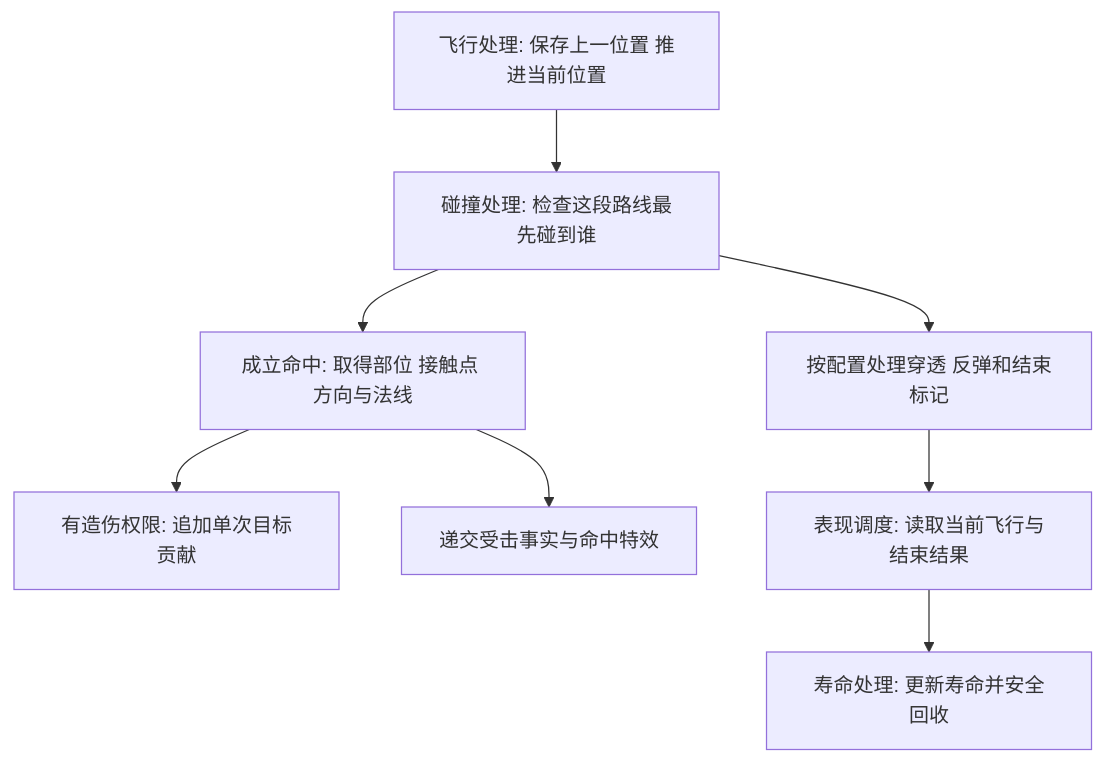
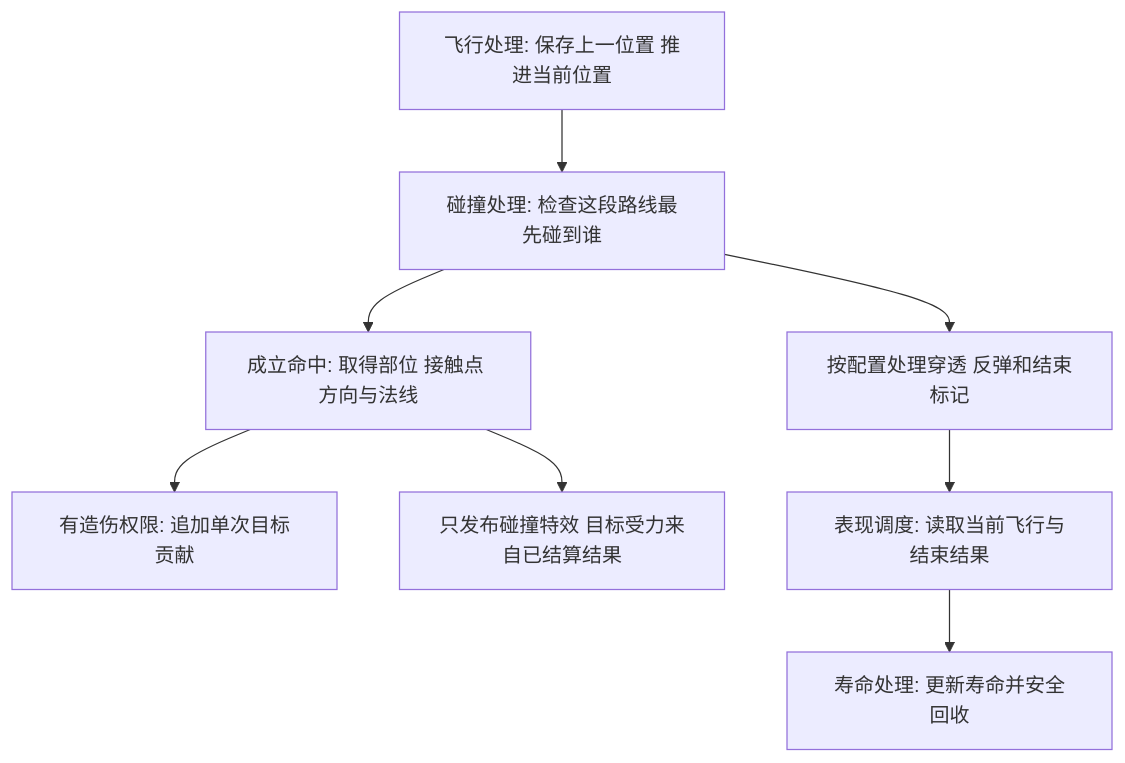
The third of 3 diagrams in Mass/Instance/Projectile/Law.md (bunkerboy258/UBBBNexus), drawn with Mermaid before and after one commit. The commit also changed other lines of this file and 49 other files, not shown here.

````diff
--- a/Mass/Instance/Projectile/Law.md
+++ b/Mass/Instance/Projectile/Law.md
@@ -75,10 +75,10 @@
 ```mermaid
 flowchart TD
     飞行处理["飞行处理: 保存上一位置 推进当前位置"] --> 碰撞处理["碰撞处理: 检查这段路线最先碰到谁"]
     碰撞处理 --> 命中结果["成立命中: 取得部位 接触点 方向与法线"]
     命中结果 --> 伤害交接["有造伤权限: 追加单次目标贡献"]
-    命中结果 --> 受击交接["递交受击事实与命中特效"]
+    命中结果 --> 受击交接["只发布碰撞特效 目标受力来自已结算结果"]
     碰撞处理 --> 弹道后续["按配置处理穿透 反弹和结束标记"]
     弹道后续 --> 表现调度["表现调度: 读取当前飞行与结束结果"]
     表现调度 --> 寿命处理["寿命处理: 更新寿命并安全回收"]
 ```
````
